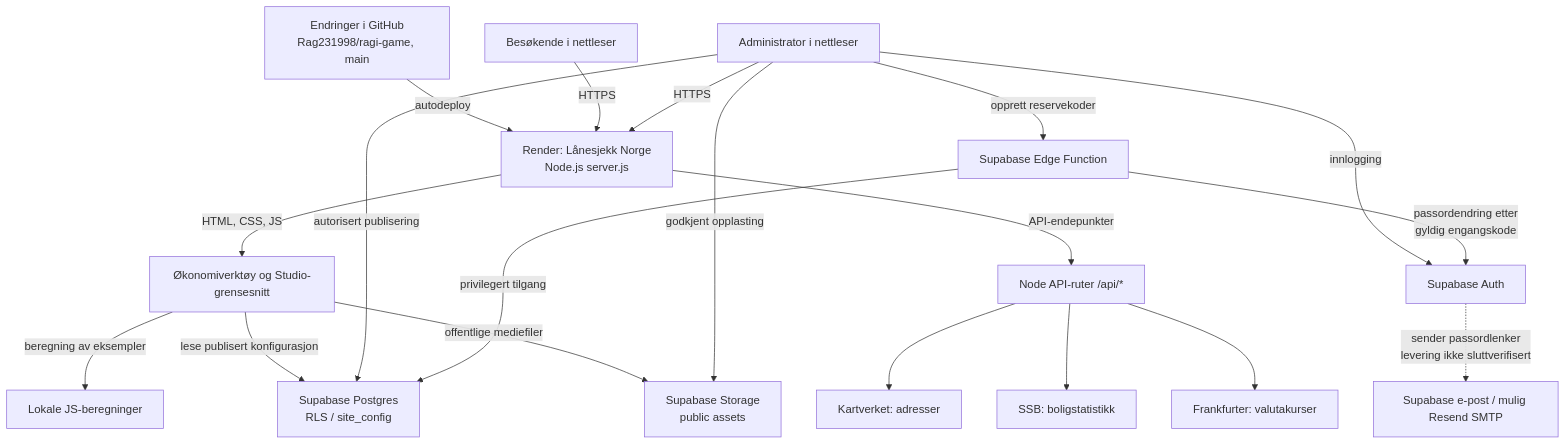
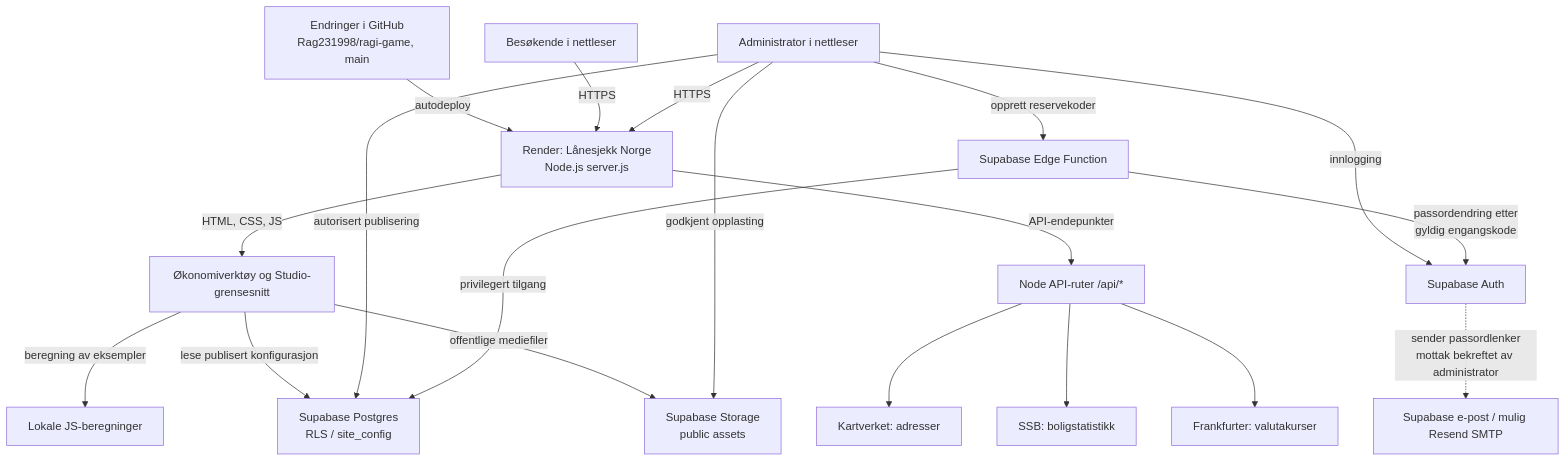
The first of 2 diagrams in lanesjekk-norge/docs/PLATTFORMER-ARKITEKTUR-SIKKERHET.md (Rag231998/ragi-game), drawn with Mermaid before and after one commit. The commit also changed other lines of this file, not shown here.

Commit message:
Record administrator-confirmed password email delivery while distinguishing independent verification

````diff
--- a/lanesjekk-norge/docs/PLATTFORMER-ARKITEKTUR-SIKKERHET.md
+++ b/lanesjekk-norge/docs/PLATTFORMER-ARKITEKTUR-SIKKERHET.md
@@ -30,24 +30,24 @@
 ```mermaid
 flowchart TB
   DEV["Endringer i GitHub<br/>Rag231998/ragi-game, main"] -->|"autodeploy"| RENDER["Render: Lånesjekk Norge<br/>Node.js server.js"]
   VISITOR["Besøkende i nettleser"] -->|"HTTPS"| RENDER
   ADMIN["Administrator i nettleser"] -->|"HTTPS"| RENDER
 
   RENDER -->|"HTML, CSS, JS"| UI["Økonomiverktøy og Studio-grensesnitt"]
   UI -->|"beregning av eksempler"| LOCAL["Lokale JS-beregninger"]
   RENDER -->|"API-endepunkter"| NODEAPI["Node API-ruter /api/*"]
   NODEAPI --> KART["Kartverket: adresser"]
   NODEAPI --> SSB["SSB: boligstatistikk"]
   NODEAPI --> FX["Frankfurter: valutakurser"]
 
   ADMIN -->|"innlogging"| AUTH["Supabase Auth"]
   UI -->|"lese publisert konfigurasjon"| DB["Supabase Postgres<br/>RLS / site_config"]
   ADMIN -->|"autorisert publisering"| DB
   UI -->|"offentlige mediefiler"| STORAGE["Supabase Storage<br/>public assets"]
   ADMIN -->|"godkjent opplasting"| STORAGE
 
   ADMIN -->|"opprett reservekoder"| EDGE["Supabase Edge Function"]
   EDGE -->|"privilegert tilgang"| DB
   EDGE -->|"passordendring etter<br/>gyldig engangskode"| AUTH
-  AUTH -.->|"sender passordlenker<br/>levering ikke sluttverifisert"| EMAIL["Supabase e-post / mulig Resend SMTP"]
+  AUTH -.->|"sender passordlenker<br/>mottak bekreftet av administrator"| EMAIL["Supabase e-post / mulig Resend SMTP"]
 ```
````
